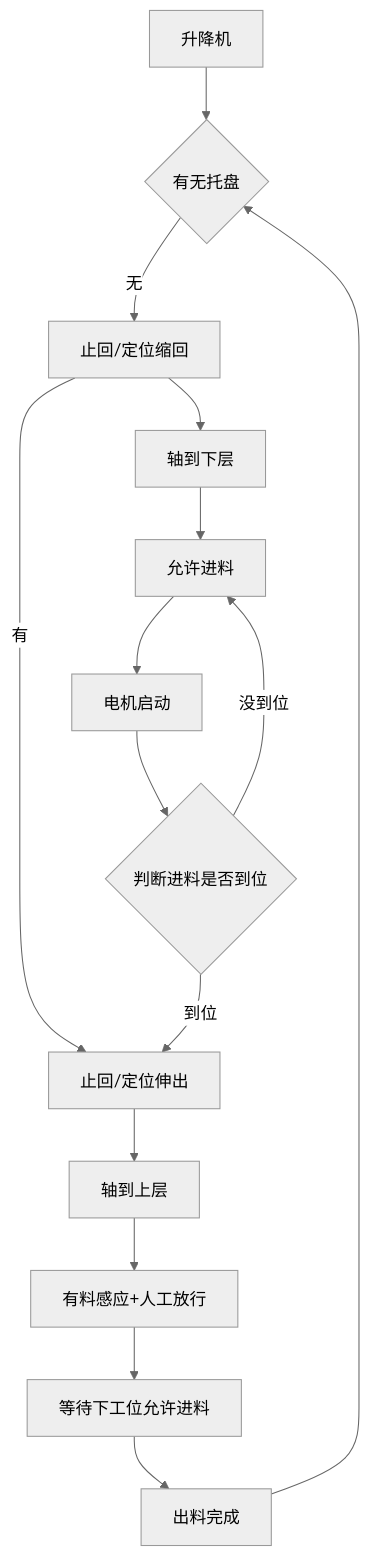
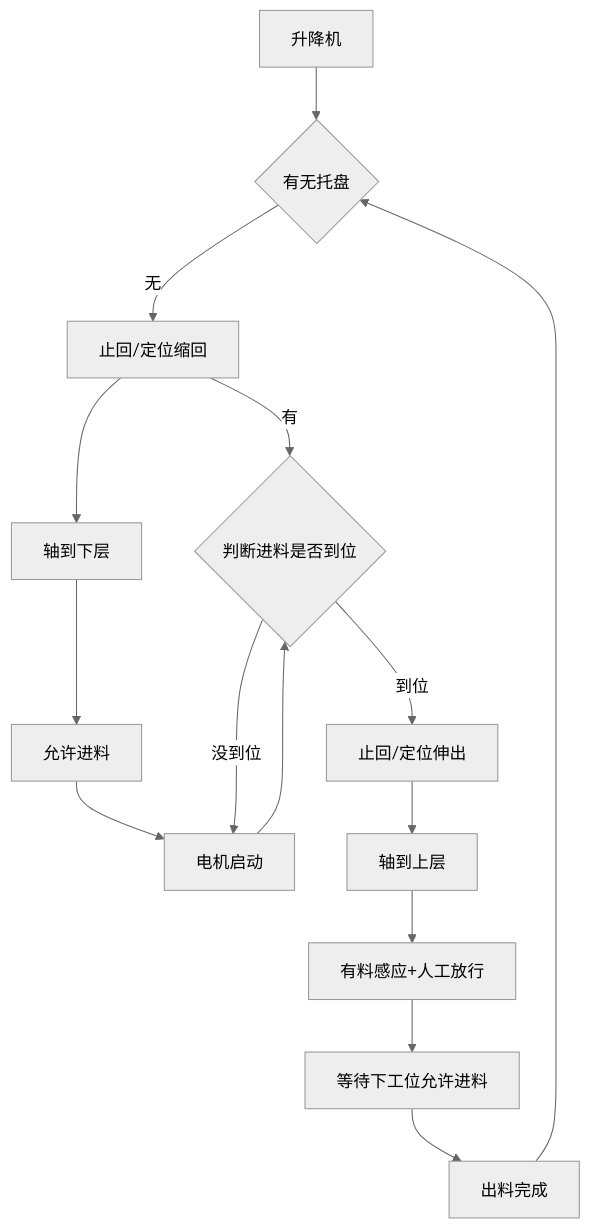
One commit to PengKun1/iodraw-files changed the diagram in all/升降台.md. Above: the diagram before and after it, drawn with Mermaid (neutral theme).

Commit message:
2024-12-23 11:32:44 update

````diff
--- a/all/升降台.md
+++ b/all/升降台.md
@@ -1,17 +1,17 @@
 ```mermaid
 graph TD
 0[升降机]-->10
 10{有无托盘}-->|无|20
-20-->|有|60
+20-->|有|50
 20[止回/定位缩回]-->30
 30[轴到下层]-->40
 40[允许进料]-->45
 45[电机启动]-->50
 50{判断进料是否到位}-->|到位|60
-50-->|没到位|40
+50-->|没到位|45
 60[止回/定位伸出]-->70
 70[轴到上层]-->80
 80[有料感应+人工放行]-->90
 90[等待下工位允许进料]-->100
 100[出料完成]-->10
 ```
````
